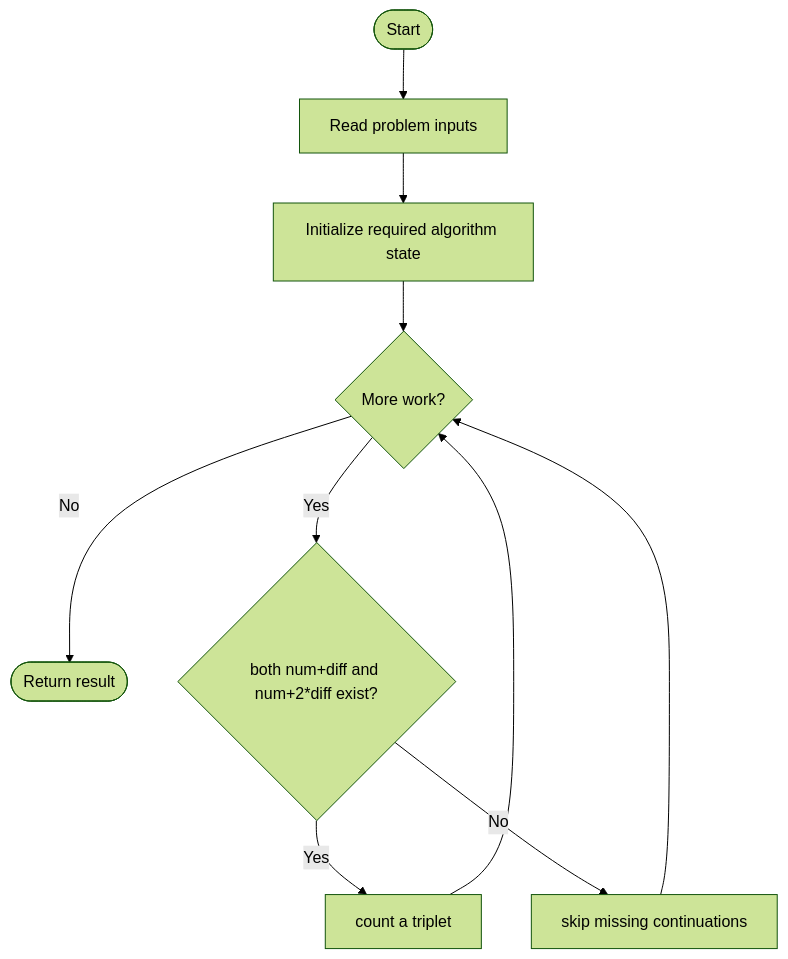
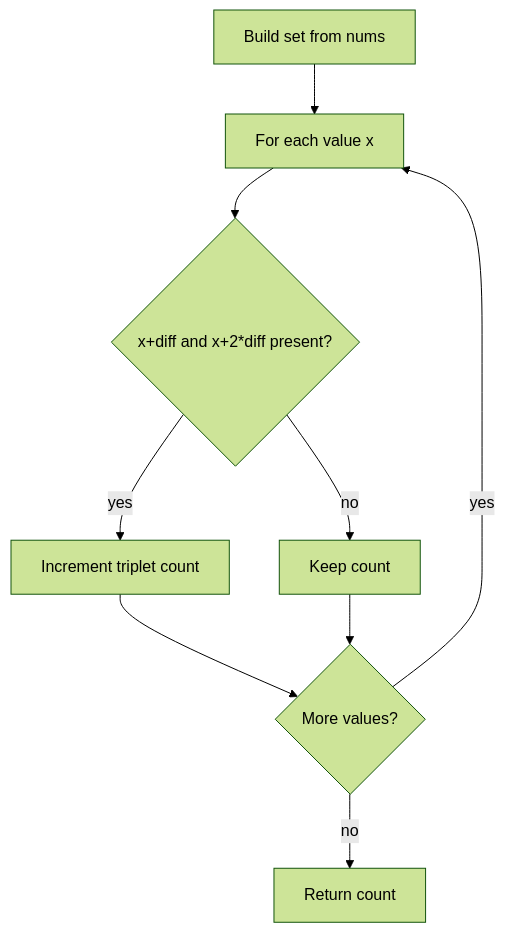
The diagram in LeetCode/2367/README.md (SAIDEEPBHANGE/C-CPP-Codes), drawn with Mermaid (forest theme) before and after one commit. The commit also changed other lines of this file and 196 other files, not shown here.

````diff
--- a/LeetCode/2367/README.md
+++ b/LeetCode/2367/README.md
@@ -13,12 +41,11 @@
 ```mermaid
 flowchart TD
-    A([Start]) --> B[Read problem inputs]
-    B --> C[Initialize required algorithm state]
-    C --> D{More work?}
-    D -- No --> Z([Return result])
-    D -- Yes --> E{both num+diff and num+2*diff exist?}
-    E -- Yes --> F[count a triplet]
-    E -- No --> G[skip missing continuations]
-    F --> D
-    G --> D
+    A[Build set from nums] --> B[For each value x]
+    B --> C{x+diff and x+2*diff present?}
+    C -->|yes| D[Increment triplet count]
+    C -->|no| E[Keep count]
+    D --> F{More values?}
+    E --> F
+    F -->|yes| B
+    F -->|no| G[Return count]
 ```
````
